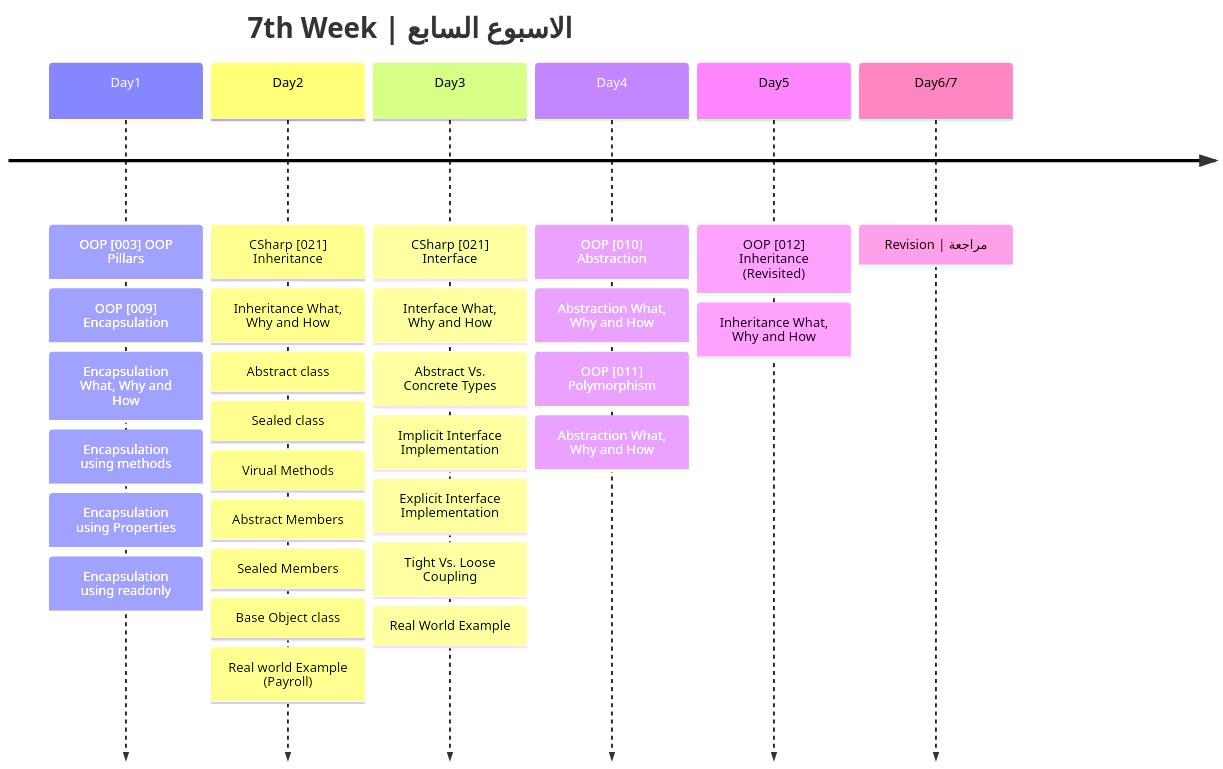
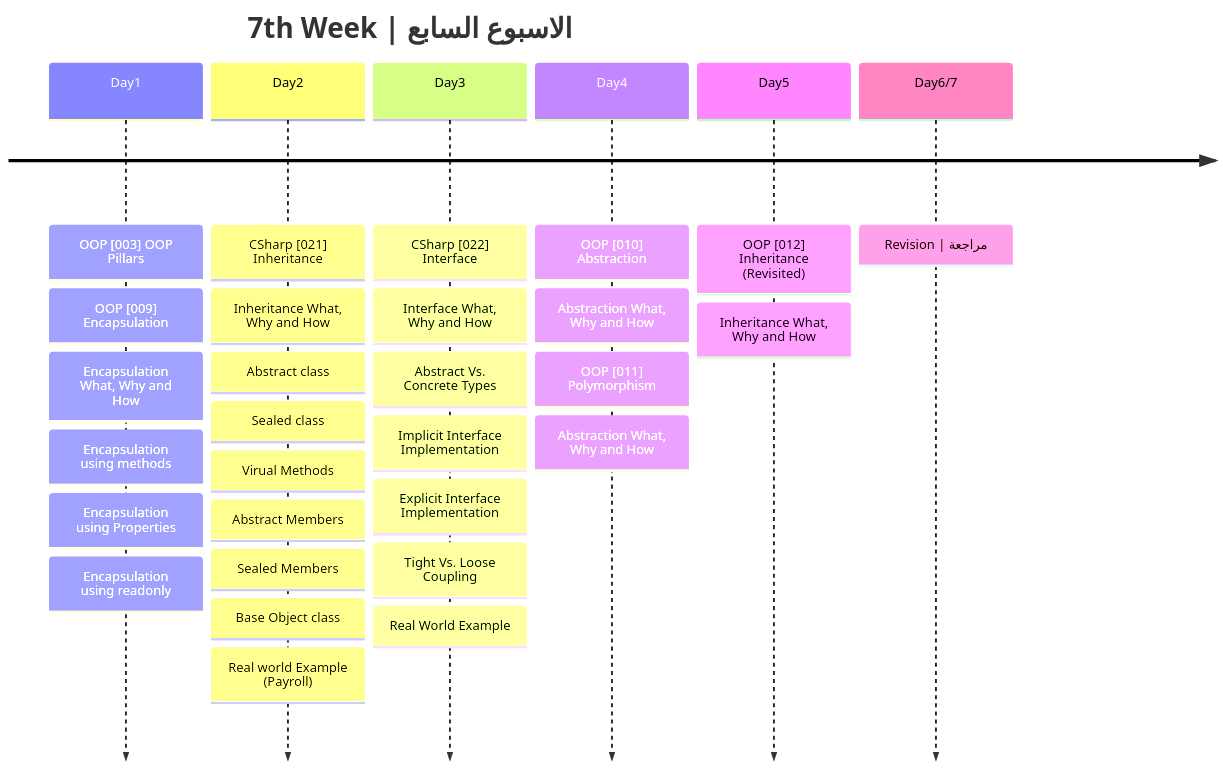
Before and after one commit to metigator/Roadmap: the ninth of 9 diagrams in README.md, drawn with Mermaid. The commit also changed other lines of this file, not shown here.

````diff
--- a/README.md
+++ b/README.md
@@ -335,33 +336,33 @@
 ```mermaid
 timeline
     title  7th Week | الاسبوع السابع 
     Day1 : OOP [003] OOP Pillars
          : OOP [009] Encapsulation
          : Encapsulation What, Why and How
          : Encapsulation using methods
          : Encapsulation using Properties
          : Encapsulation using readonly
     Day2 : CSharp [021] Inheritance
          : Inheritance What, Why and How
          : Abstract class
          : Sealed class
          : Virual Methods
          : Abstract Members
          : Sealed Members
          : Base Object class
          : Real world Example (Payroll)
-    Day3 : CSharp [021] Interface
+    Day3 : CSharp [022] Interface
          : Interface What, Why and How
          : Abstract Vs. Concrete Types
          : Implicit Interface Implementation
          : Explicit Interface Implementation
          : Tight Vs. Loose Coupling
          : Real World Example       
     Day4 : OOP [010] Abstraction 
          : Abstraction What, Why and How
          : OOP [011] Polymorphism
          : Abstraction What, Why and How
     Day5 : OOP [012] Inheritance (Revisited) 
          : Inheritance What, Why and How 
   Day6/7 : Revision | مراجعة  
 ```
````
